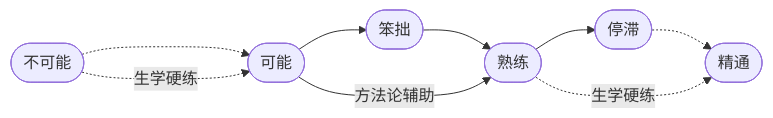
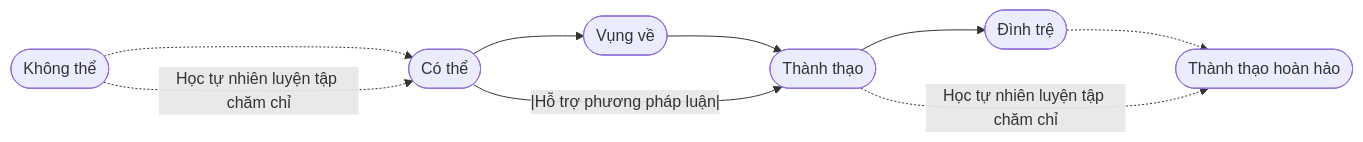
One commit to nthung2112/everyone-can-use-english changed the second of 4 diagrams in 1000-hours/vi/self-training/03-trials-and-errors.md. Above: the diagram before and after it, drawn with Mermaid. The commit also changed other lines of this file and 8 other files, not shown here.

````diff
--- a/1000-hours/vi/self-training/03-trials-and-errors.md
+++ b/1000-hours/vi/self-training/03-trials-and-errors.md
@@ -48,8 +48,8 @@
 ```mermaid
 flowchart LR
 
-impossible([不可能])-..->possible([可能])-->clumsiness([笨拙])-->adaptness([熟练])-->plateau([停滞])-.->mastery([精通])
-possible-->|方法论辅助|adaptness
-impossible-.->|生学硬练|possible
-adaptness-.->|生学硬练|mastery
+impossible([Không thể]) -..-> possible([Có thể]) --> clumsiness([Vụng về]) --> adaptness([Thành thạo]) --> plateau([Đình trệ]) -.-> mastery([Thành thạo hoàn hảo])
+possible --|Hỗ trợ phương pháp luận|--> adaptness
+impossible -.-> |Học tự nhiên luyện tập chăm chỉ| possible
+adaptness -.-> |Học tự nhiên luyện tập chăm chỉ| mastery
 ```
````
